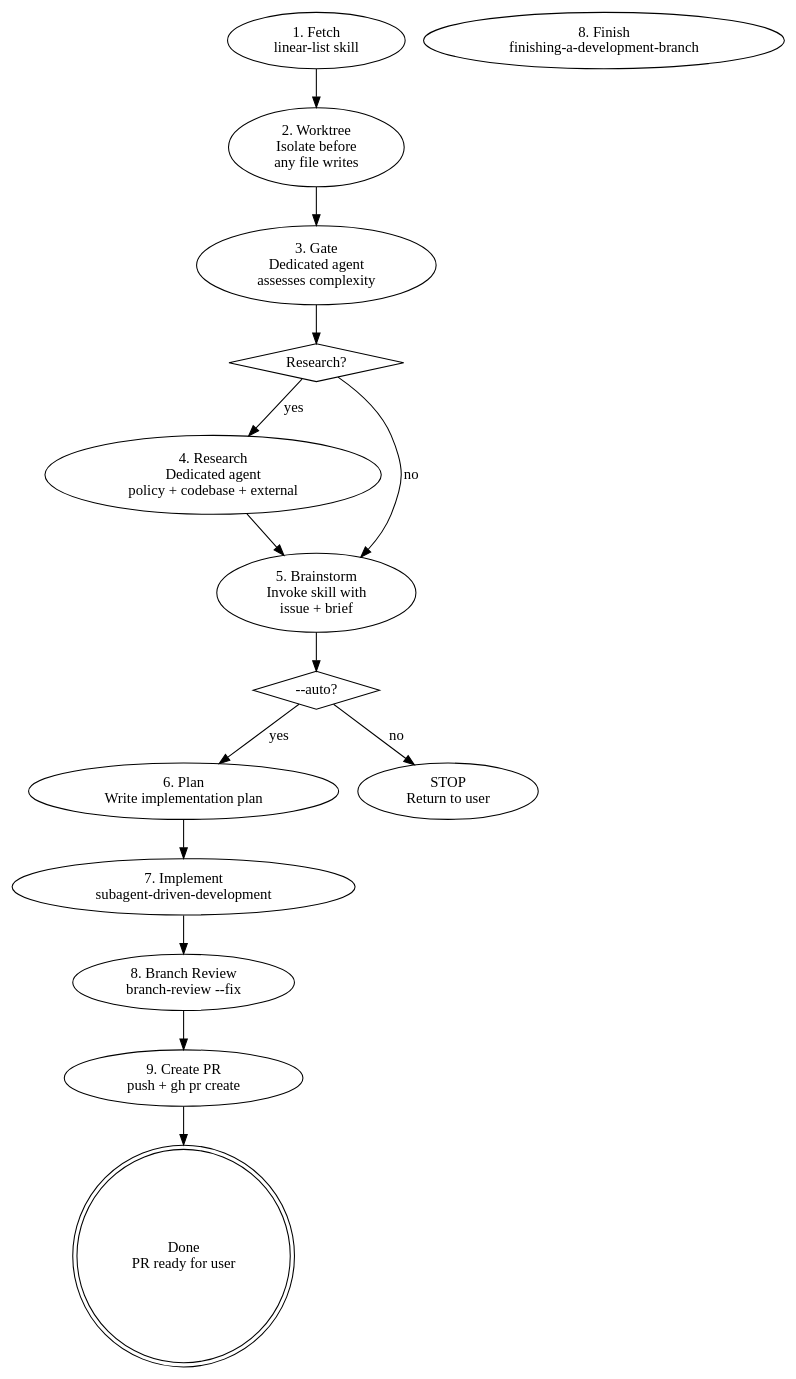
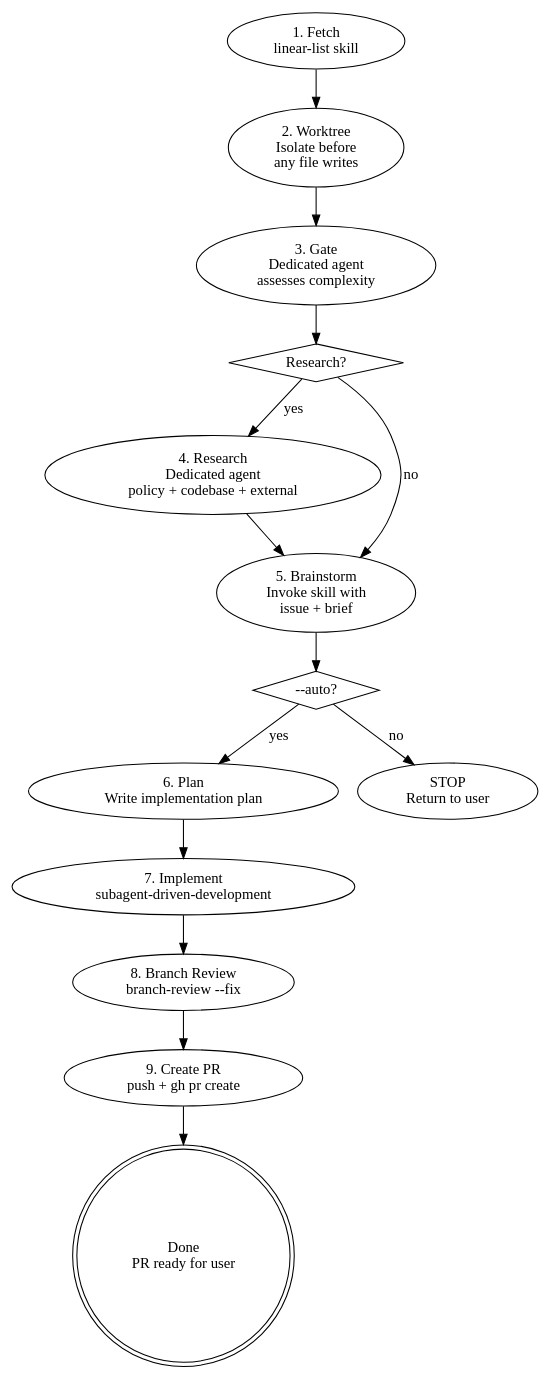
One commit to ryumiel/devcanon changed the diagram in skills/linear-issue-priming/SKILL.md. Above: the diagram before and after it, drawn with Graphviz. The commit also changed 1 other file, not shown here.

Commit message:
fix(skills): remove orphaned finish node from issue-priming diagrams
Both github-issue-priming and linear-issue-priming SKILL.md files had an
unreachable `finish` node in their Graphviz workflow diagrams — a vestige
from an earlier design. The actual flow uses review → create_pr → done.

Closes #45

````diff
--- a/skills/linear-issue-priming/SKILL.md
+++ b/skills/linear-issue-priming/SKILL.md
@@ -22,28 +22,27 @@
 ```dot
 digraph priming {
   rankdir=TB;
   fetch [label="1. Fetch\nlinear-list skill"];
   worktree [label="2. Worktree\nIsolate before\nany file writes"];
   gate [label="3. Gate\nDedicated agent\nassesses complexity"];
   decide [label="Research?", shape=diamond];
   research [label="4. Research\nDedicated agent\npolicy + codebase + external"];
   brainstorm [label="5. Brainstorm\nInvoke skill with\nissue + brief"];
   auto_check [label="--auto?", shape=diamond];
   plan [label="6. Plan\nWrite implementation plan"];
   implement [label="7. Implement\nsubagent-driven-development"];
-  finish [label="8. Finish\nfinishing-a-development-branch"];
   stop_interactive [label="STOP\nReturn to user"];
 
   fetch -> worktree -> gate -> decide;
   decide -> research [label="yes"];
   decide -> brainstorm [label="no"];
   research -> brainstorm;
   brainstorm -> auto_check;
   auto_check -> plan [label="yes"];
   auto_check -> stop_interactive [label="no"];
   plan -> implement -> review -> create_pr -> done;
   review [label="8. Branch Review\nbranch-review --fix"];
   create_pr [label="9. Create PR\npush + gh pr create"];
   done [label="Done\nPR ready for user", shape=doublecircle];
 }
 ```
````
